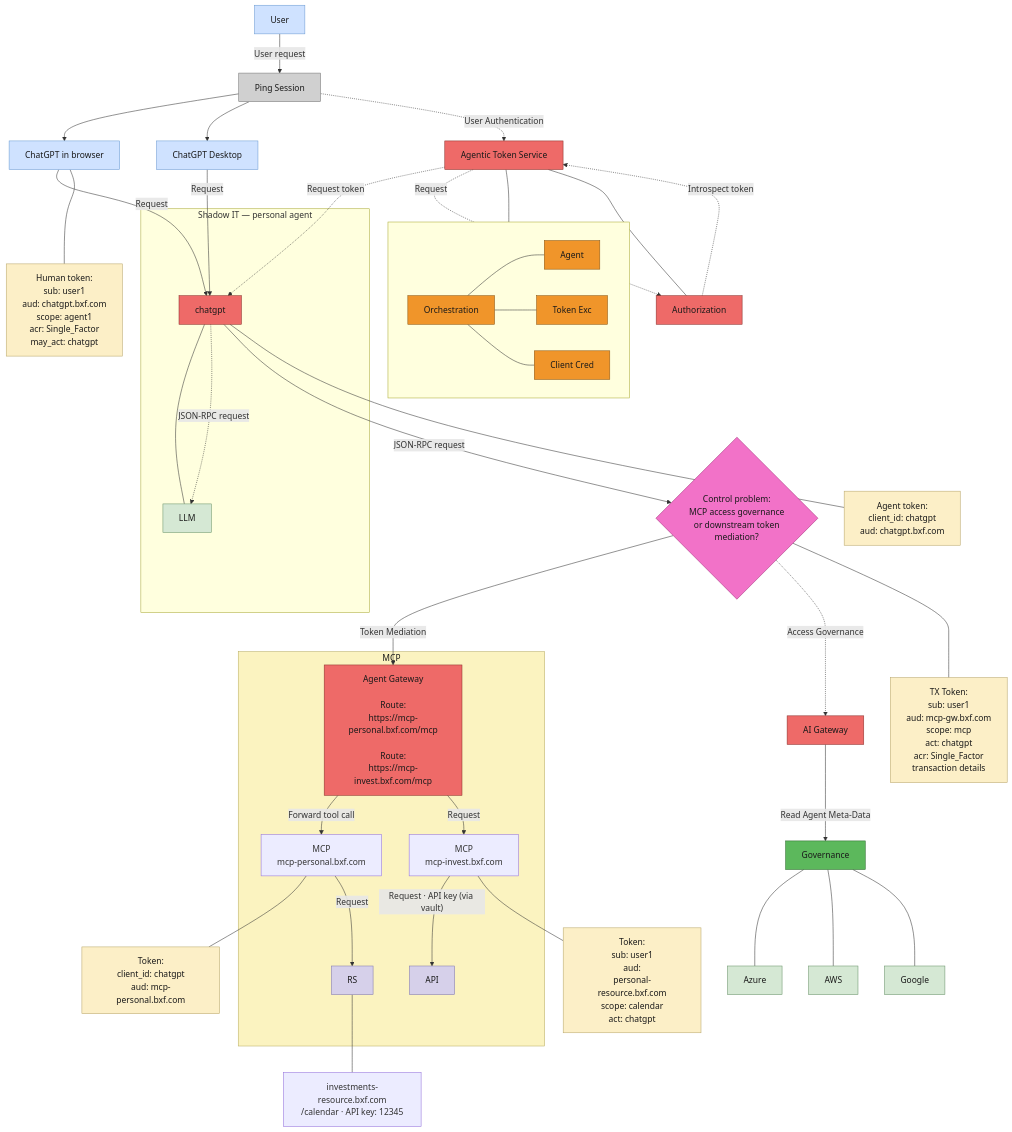
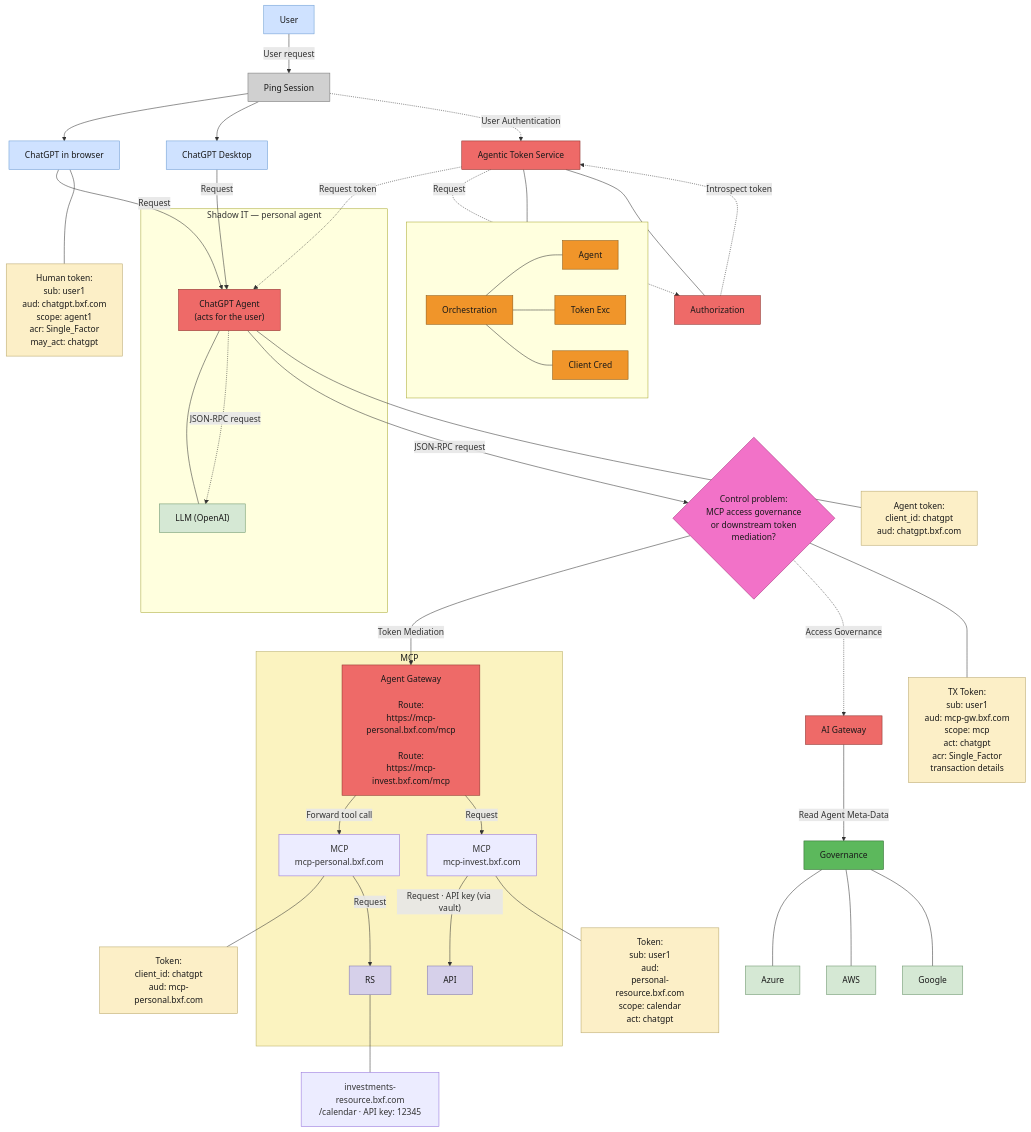
The diagram in docs/diagrams/personal-agent-chatgpt.mmd (curtismu7/AI-DEMO2), drawn with Mermaid before and after one commit. The commit also changed 1 other file, not shown here.

Commit message:
docs(diagrams): rename agent box to ChatGPT Agent, label LLM as OpenAI

```diff
--- a/docs/diagrams/personal-agent-chatgpt.mmd
+++ b/docs/diagrams/personal-agent-chatgpt.mmd
@@ -1,104 +1,104 @@
 %% Personal agent version of "V2 Agent - GW/Authorize" (Lucid page)
 %% ChatGPT is the personal agent — Desktop app and browser ChatGPT
 %% Colors sampled from the V2 Agent - GW_Authorize.png
 flowchart TB
     ATS["Agentic Token Service"]
     subgraph ATSSUB[" "]
         direction LR
         ORCH["Orchestration"]
         AGT["Agent"]
         TXE["Token Exc"]
         CCRED["Client Cred"]
     end
     AUTHZ["Authorization"]
 
     USER["User"]
     PINGSESS["Ping Session"]
     CHATB["ChatGPT in browser"]
     GPTD["ChatGPT Desktop"]
 
     HTOK["Human token:<br/>sub: user1<br/>aud: chatgpt.bxf.com<br/>scope: agent1<br/>acr: Single_Factor<br/>may_act: chatgpt"]
     AGTOK["Agent token:<br/>client_id: chatgpt<br/>aud: chatgpt.bxf.com"]
     TXTOK["TX Token:<br/>sub: user1<br/>aud: mcp-gw.bxf.com<br/>scope: mcp<br/>act: chatgpt<br/>acr: Single_Factor<br/>transaction details"]
 
     subgraph SHADOW["Shadow IT — personal agent"]
-        AGENT1["chatgpt"]
-        LLM["LLM"]
+        AGENT1["ChatGPT Agent<br/>(acts for the user)"]
+        LLM["LLM (OpenAI)"]
     end
 
     DEC{"Control problem:<br/>MCP access governance<br/>or downstream token<br/>mediation?"}
 
     subgraph MCPBOX["MCP"]
         GW["Agent Gateway<br/><br/>Route:<br/>https://mcp-personal.bxf.com/mcp<br/><br/>Route:<br/>https://mcp-invest.bxf.com/mcp"]
         MCPOLB["MCP<br/>mcp-personal.bxf.com"]
         MCPINV["MCP<br/>mcp-invest.bxf.com"]
         RS["RS"]
         API["API"]
     end
     MOLTOK["Token:<br/>sub: user1<br/>aud:<br/>personal-resource.bxf.com<br/>scope: calendar<br/>act: chatgpt"]
     MTOK["Token:<br/>client_id: chatgpt<br/>aud: mcp-personal.bxf.com"]
     INVTOK["investments-resource.bxf.com<br/>/calendar · API key: 12345"]
 
     AIGW["AI Gateway"]
     GOV["Governance"]
     AZURE["Azure"]
     AWS["AWS"]
     GOOGLE["Google"]
 
     USER -->|"User request"| PINGSESS
     PINGSESS --> CHATB
     PINGSESS --> GPTD
     PINGSESS -.->|"User Authentication"| ATS
     ATS --- ORCH
     ORCH --- AGT
     ORCH --- TXE
     ORCH --- CCRED
     AUTHZ --- ATS
     AUTHZ -.->|"Introspect token"| ATS
     CHATB -->|"Request"| AGENT1
     GPTD -->|"Request"| AGENT1
     ATS -.->|"Request token"| AGENT1
     ATS -.->|"Request"| AUTHZ
     CHATB --- HTOK
     AGENT1 --- LLM
     AGENT1 -.->|"JSON-RPC request"| LLM
     AGENT1 -->|"JSON-RPC request"| DEC
     AGENT1 --- AGTOK
     DEC -->|"Token Mediation"| GW
     DEC -.->|"Access Governance"| AIGW
     GW -->|"Forward tool call"| MCPOLB
     GW -->|"Request"| MCPINV
     MCPOLB --- MTOK
     MCPOLB -->|"Request"| RS
     RS --- INVTOK
     MCPINV -->|"Request · API key (via vault)"| API
     MCPINV --- MOLTOK
     DEC --- TXTOK
     AIGW -->|"Read Agent Meta-Data"| GOV
     GOV --- AZURE
     GOV --- AWS
     GOV --- GOOGLE
 
     classDef red fill:#ee6a68,stroke:#8a2f2a,color:#1a1a1a
     classDef orange fill:#f0952a,stroke:#8a5410,color:#1a1a1a
     classDef cream fill:#fcefc7,stroke:#b8a66a,color:#1a1a1a
     classDef pink fill:#f272c8,stroke:#a12a76,color:#1a1a1a
     classDef yellow fill:#fbf3c0,stroke:#b8ac60,color:#1a1a1a
     classDef blue fill:#cfe2ff,stroke:#6b9bd2,color:#1a1a1a
     classDef green fill:#d5e8d4,stroke:#6a936a,color:#1a1a1a
     classDef dgreen fill:#5cb85c,stroke:#2d6a2d,color:#1a1a1a
     classDef purple fill:#d6d0ea,stroke:#8077ad,color:#1a1a1a
     classDef grey fill:#d0d0d0,stroke:#777777,color:#1a1a1a
 
     class ATS,AUTHZ,GW,AIGW red
     class ORCH,AGT,TXE,CCRED orange
     class HTOK,AGTOK,TXTOK,MOLTOK,MTOK cream
     class DEC pink
     class MCPBOX yellow
     class USER,CHATB,GPTD blue
     class AZURE,AWS,GOOGLE green
     class GOV dgreen
     class RS,API purple
     class AGENT1 red
     class LLM green
     class PINGSESS grey
```
